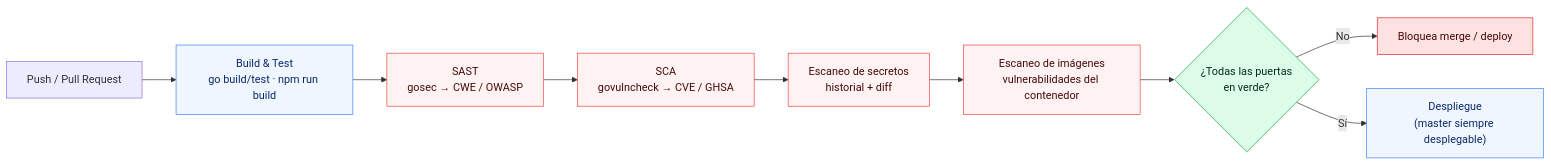
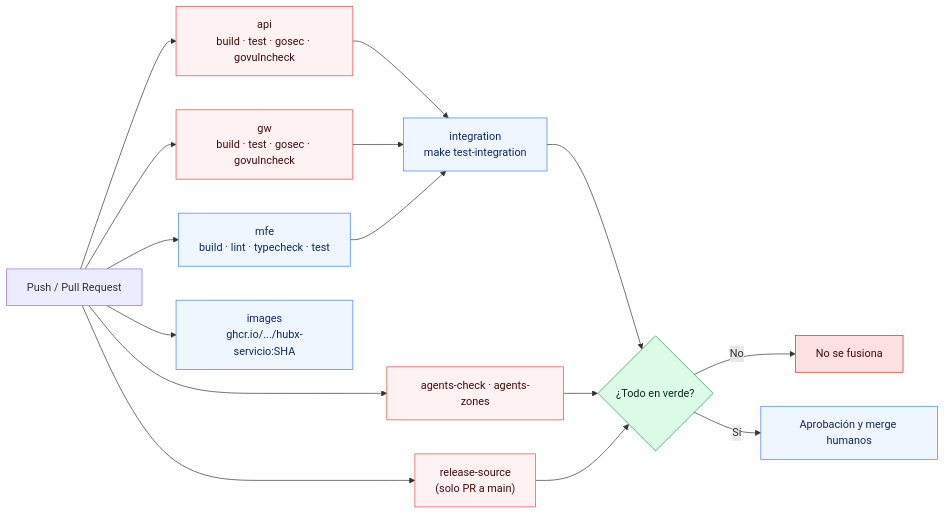
Before and after one commit to JairoHGomezCastillo/hubx: the first of 5 diagrams in docs/diagramas/06-devsecops-cicd.md, drawn with Mermaid. The commit also changed other lines of this file and 6 other files, not shown here.

Commit message:
[agent:hubx-lead] 011 update docs/diagramas to the current state

````diff
--- a/docs/diagramas/06-devsecops-cicd.md
+++ b/docs/diagramas/06-devsecops-cicd.md
@@ -13,20 +19,26 @@
 ```mermaid
 flowchart LR
-    PR["Push / Pull Request"] --> BT["Build & Test<br/>go build/test · npm run build"]
-    BT --> SAST["SAST<br/>gosec → CWE / OWASP"]
-    SAST --> SCA["SCA<br/>govulncheck → CVE / GHSA"]
-    SCA --> SEC["Escaneo de secretos<br/>historial + diff"]
-    SEC --> IMG["Escaneo de imágenes<br/>vulnerabilidades del contenedor"]
-    IMG --> GATE{"¿Todas las puertas<br/>en verde?"}
-    GATE -->|No| BLOCK["Bloquea merge / deploy"]
-    GATE -->|Sí| DEPLOY["Despliegue<br/>(master siempre desplegable)"]
+    PR["Push / Pull Request"] --> API["api<br/>build · test · gosec · govulncheck"]
+    PR --> GW["gw<br/>build · test · gosec · govulncheck"]
+    PR --> MFE["mfe<br/>build · lint · typecheck · test"]
+    API --> INT["integration<br/>make test-integration"]
+    GW --> INT
+    MFE --> INT
+    PR --> AG["agents-check · agents-zones"]
+    PR --> SRC["release-source<br/>(solo PR a main)"]
+    INT --> GATE{"¿Todo en verde?"}
+    AG --> GATE
+    SRC --> GATE
+    GATE -->|No| BLOCK["No se fusiona"]
+    GATE -->|Sí| MERGE["Aprobación y merge humanos"]
+    PR --> IMG["images<br/>ghcr.io/.../hubx-servicio:SHA"]
 
     classDef stage fill:#eff6ff,stroke:#3b82f6,color:#0c2a66;
     classDef sec fill:#fef2f2,stroke:#ef4444,color:#450a0a;
     classDef ok fill:#dcfce7,stroke:#16a34a,color:#052e16;
     classDef block fill:#fee2e2,stroke:#dc2626,color:#450a0a;
-    class BT,DEPLOY stage;
-    class SAST,SCA,SEC,IMG sec;
+    class MFE,INT,IMG,MERGE stage;
+    class API,GW,AG,SRC sec;
     class GATE ok;
     class BLOCK block;
 ```
````
